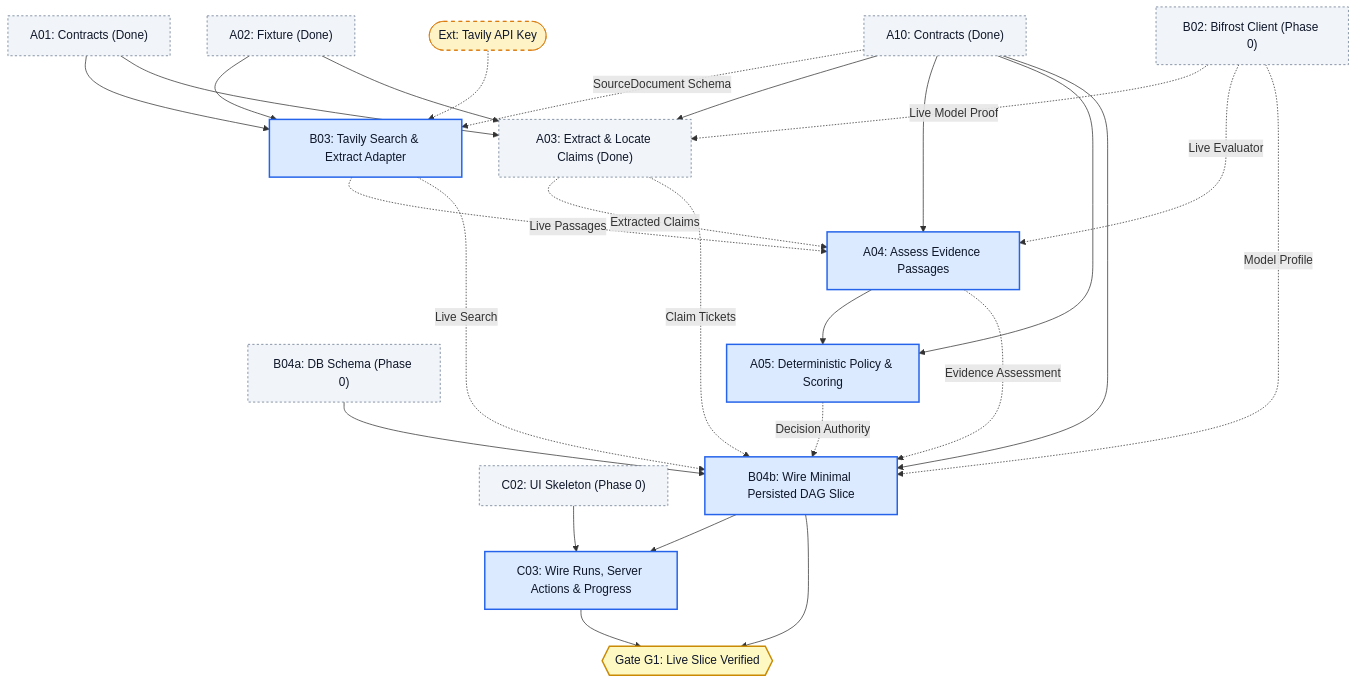
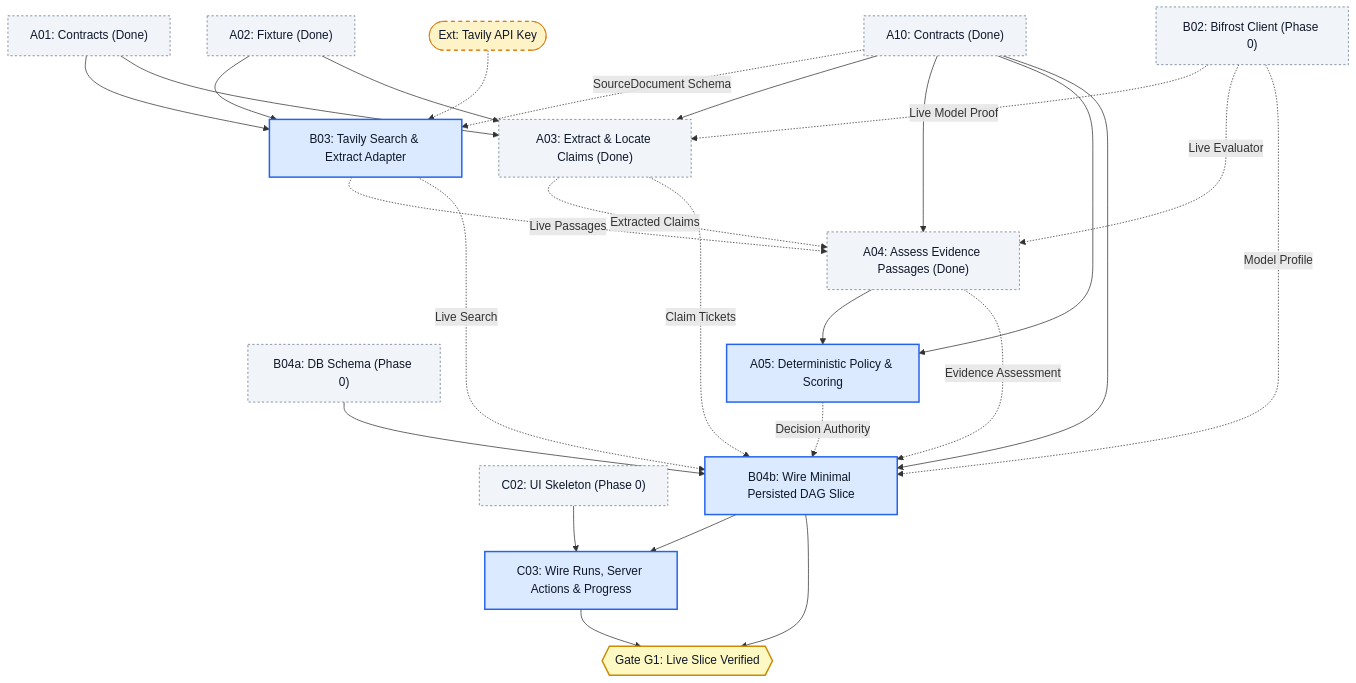
One commit to Driftaxe/Afterfact changed the third of 6 diagrams in docs/PARALLEL-WORK-PLAN.md. Above: the diagram before and after it, drawn with Mermaid. The commit also changed 20 other files, not shown here.

````diff
--- a/docs/PARALLEL-WORK-PLAN.md
+++ b/docs/PARALLEL-WORK-PLAN.md
@@ -192,59 +192,59 @@
 ```mermaid
 flowchart TD
     classDef unblocked fill:#dbeafe,stroke:#2563eb,stroke-width:2px,color:#0f172a;
     classDef partial fill:#ede9fe,stroke:#7c3aed,stroke-width:2px,color:#0f172a;
     classDef external fill:#fef3c7,stroke:#d97706,stroke-width:1px,stroke-dasharray: 5 5,color:#0f172a;
     classDef upstream fill:#f1f5f9,stroke:#64748b,stroke-width:1px,stroke-dasharray: 3 3,color:#0f172a;
     classDef gate fill:#fef9c3,stroke:#ca8a04,stroke-width:2px,color:#0f172a;
 
     A01["A01: Contracts (Done)"]:::upstream
     A02["A02: Fixture (Done)"]:::upstream
     A10["A10: Contracts (Done)"]:::upstream
     B02["B02: Bifrost Client (Phase 0)"]:::upstream
     B04a["B04a: DB Schema (Phase 0)"]:::upstream
     C02["C02: UI Skeleton (Phase 0)"]:::upstream
 
     TavilyKey(["Ext: Tavily API Key"]):::external
     B03["B03: Tavily Search & Extract Adapter"]:::unblocked
 
     A03["A03: Extract & Locate Claims (Done)"]:::upstream
-    A04["A04: Assess Evidence Passages"]:::unblocked
+    A04["A04: Assess Evidence Passages (Done)"]:::upstream
     A05["A05: Deterministic Policy & Scoring"]:::unblocked
 
     B04b["B04b: Wire Minimal Persisted DAG Slice"]:::unblocked
     C03["C03: Wire Runs, Server Actions & Progress"]:::unblocked
 
     GateG1{{"Gate G1: Live Slice Verified"}}:::gate
 
     A01 --> B03
     A02 --> B03
     A10 -.->|SourceDocument Schema| B03
     TavilyKey -.-> B03
 
     A01 --> A03
     A02 --> A03
     A10 --> A03
     B02 -.->|Live Model Proof| A03
 
     A10 --> A04
     A03 -.->|Extracted Claims| A04
     B03 -.->|Live Passages| A04
     B02 -.->|Live Evaluator| A04
 
     A04 --> A05
     A10 --> A05
 
     B04a --> B04b
     A10 --> B04b
     B02 -.->|Model Profile| B04b
     B03 -.->|Live Search| B04b
     A03 -.->|Claim Tickets| B04b
     A04 -.->|Evidence Assessment| B04b
     A05 -.->|Decision Authority| B04b
 
     C02 --> C03
     B04b --> C03
 
     B04b --> GateG1
     C03 --> GateG1
 ```
````
